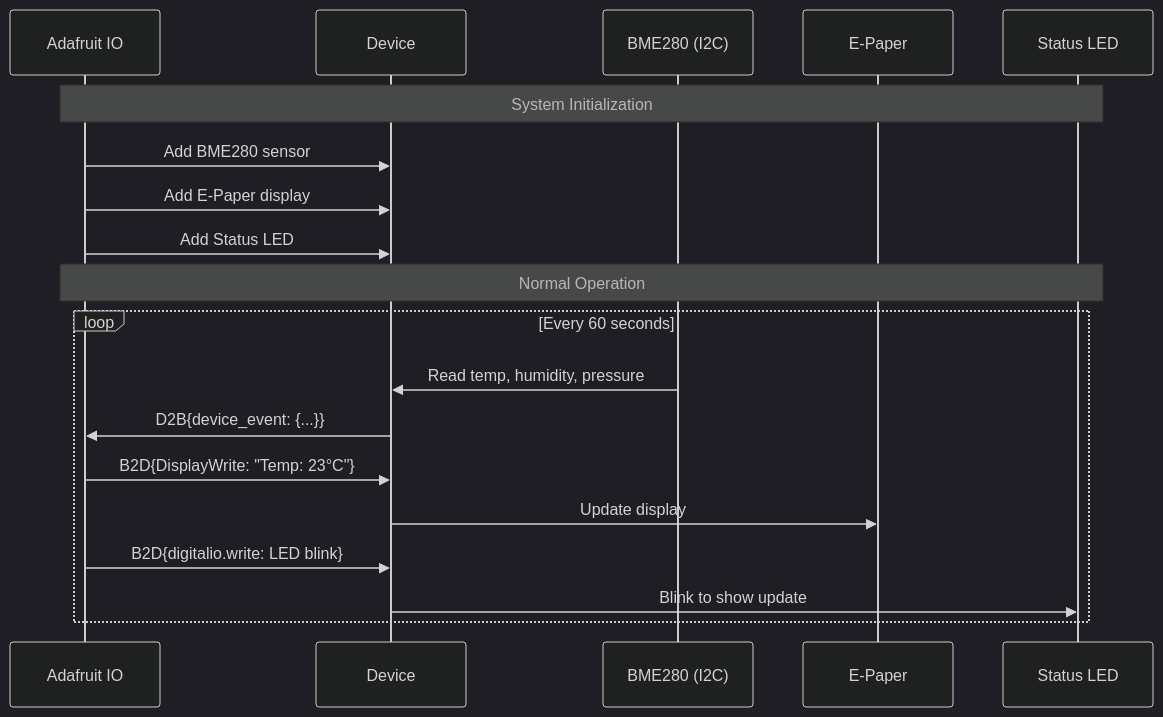
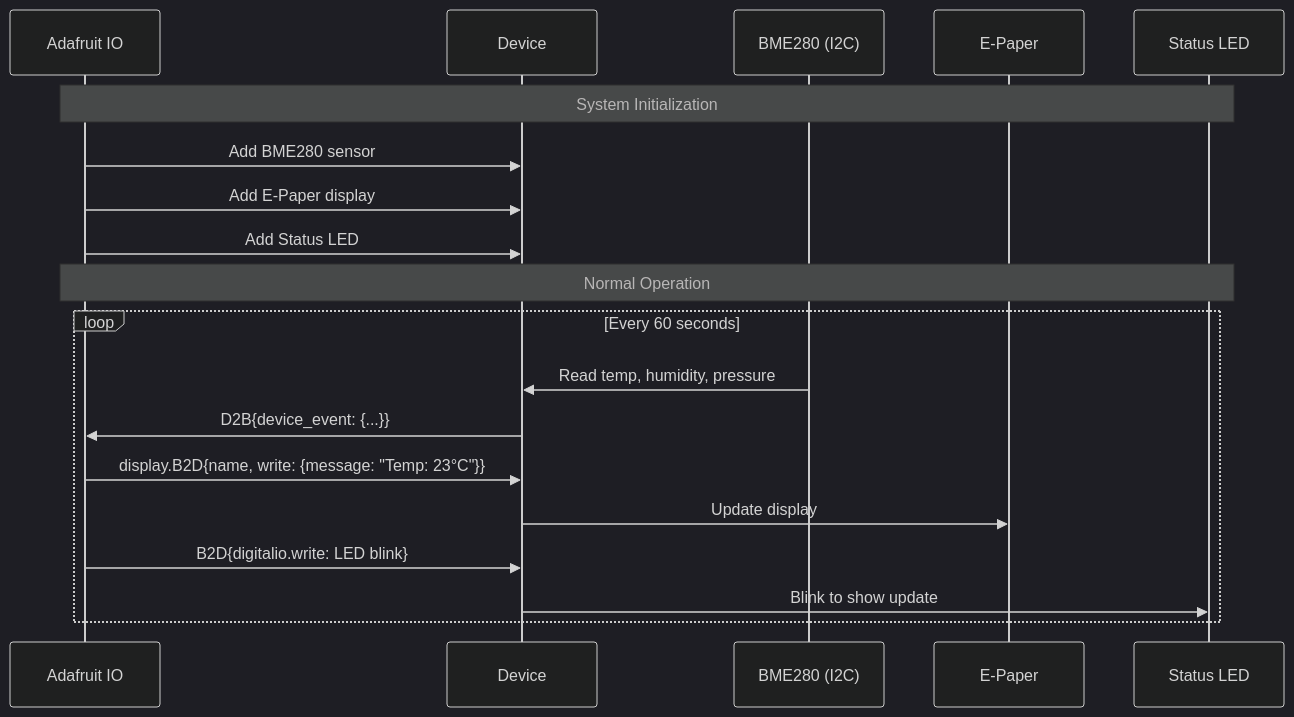
One commit to adafruit/Wippersnapper_Protobuf changed diagram 13 of 13 in proto/wippersnapper/docs/wippersnapper_device_overview.md. Above: the diagram before and after it, drawn with Mermaid (dark theme). The commit also changed other lines of this file and 10 other files, not shown here.

````diff
--- a/proto/wippersnapper/docs/wippersnapper_device_overview.md
+++ b/proto/wippersnapper/docs/wippersnapper_device_overview.md
@@ -687,23 +693,23 @@
 ```mermaid
 sequenceDiagram
     participant IO as Adafruit IO
     participant Device
     participant BME as BME280 (I2C)
     participant Display as E-Paper
     participant LED as Status LED
 
     Note over IO,LED: System Initialization
     IO->>Device: Add BME280 sensor
     IO->>Device: Add E-Paper display
     IO->>Device: Add Status LED
 
     Note over IO,LED: Normal Operation
     loop Every 60 seconds
         BME->>Device: Read temp, humidity, pressure
         Device->>IO: D2B{device_event: {...}}
-        IO->>Device: B2D{DisplayWrite: "Temp: 23°C"}
+        IO->>Device: display.B2D{name, write: {message: "Temp: 23°C"}}
         Device->>Display: Update display
         IO->>Device: B2D{digitalio.write: LED blink}
         Device->>LED: Blink to show update
     end
 ```
````
